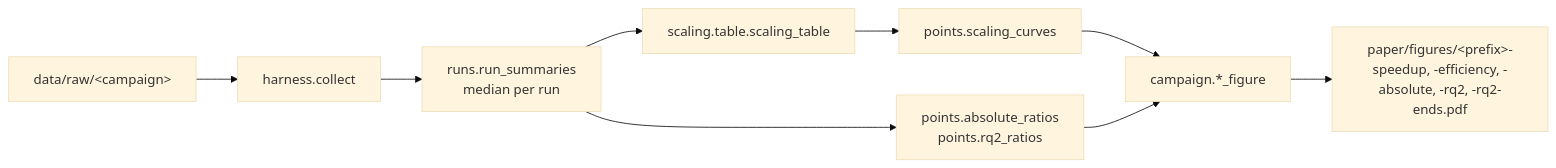
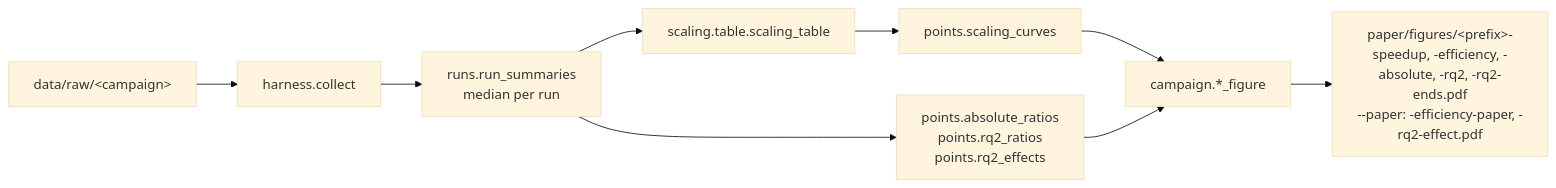
Before and after one commit to DavidCCoimbra/Scalability-of-Parallel-Code-in-WebAssembly-in-the-Browser-vs-Native: the diagram in analysis/figures/README.md, drawn with Mermaid (base theme). The commit also changed other lines of this file and 7 other files, not shown here.

First line of the commit message:
feat(analysis): add the paper's efficiency and RQ2 effect figures

````diff
--- a/analysis/figures/README.md
+++ b/analysis/figures/README.md
@@ -23,9 +23,9 @@
 ```mermaid
 flowchart LR
     raw["data/raw/&lt;campaign&gt;"] --> collect["harness.collect"] --> runs["runs.run_summaries<br/>median per run"]
     runs --> scaling["scaling.table.scaling_table"] --> curves["points.scaling_curves"]
-    runs --> ratios["points.absolute_ratios<br/>points.rq2_ratios"]
+    runs --> ratios["points.absolute_ratios<br/>points.rq2_ratios<br/>points.rq2_effects"]
     curves --> campaign["campaign.*_figure"]
     ratios --> campaign
-    campaign --> pdf["paper/figures/&lt;prefix&gt;-speedup, -efficiency, -absolute, -rq2, -rq2-ends.pdf"]
+    campaign --> pdf["paper/figures/&lt;prefix&gt;-speedup, -efficiency, -absolute, -rq2, -rq2-ends.pdf<br/>--paper: -efficiency-paper, -rq2-effect.pdf"]
 ```
````
